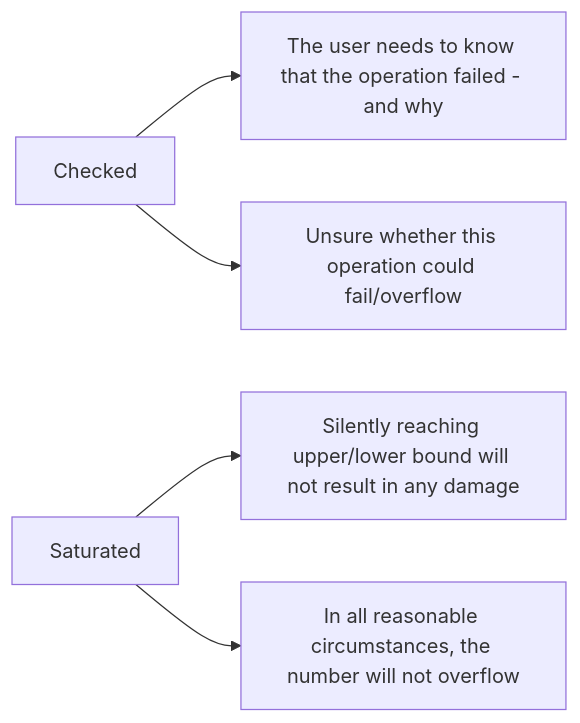
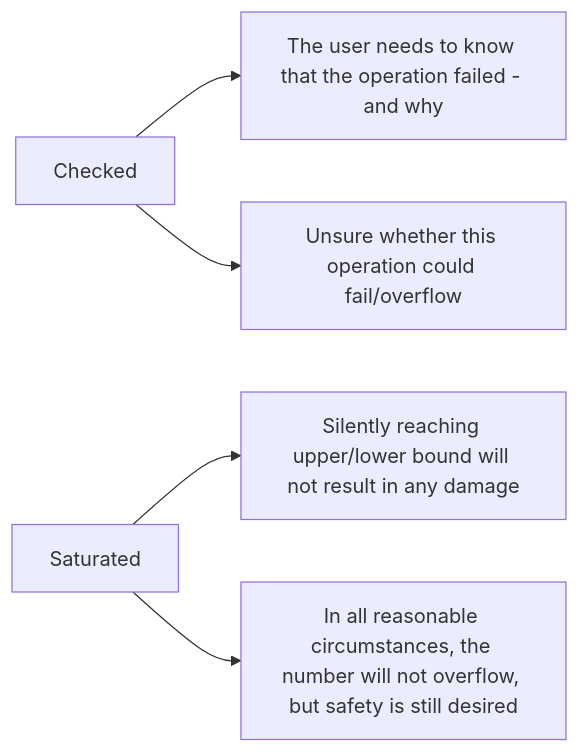
The diagram in docs/mermaid/integer_operation_decision.mmd (paritytech/polkadot-sdk), drawn with Mermaid before and after one commit. The commit also changed 2 other files, not shown here.

```diff
--- a/docs/mermaid/integer_operation_decision.mmd
+++ b/docs/mermaid/integer_operation_decision.mmd
@@ -1,7 +1,7 @@
 flowchart LR
     CH["Checked"]
     ST["Saturated"]
     CH-->NEED["The user needs to know that the operation failed - and why"]
     CH-->DOUBT["Unsure whether this operation could fail/overflow"]
     ST-->SILENT["Silently reaching upper/lower bound will not result in any damage"]
-    ST-->REASON["In all reasonable circumstances, the number will not overflow"]
+    ST-->REASON["In all reasonable circumstances, the number will not overflow, but safety is still desired"]
```
